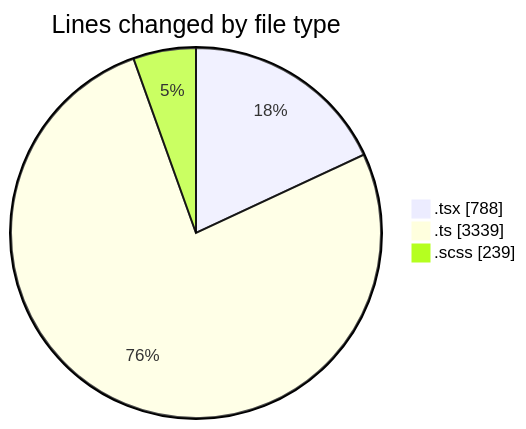
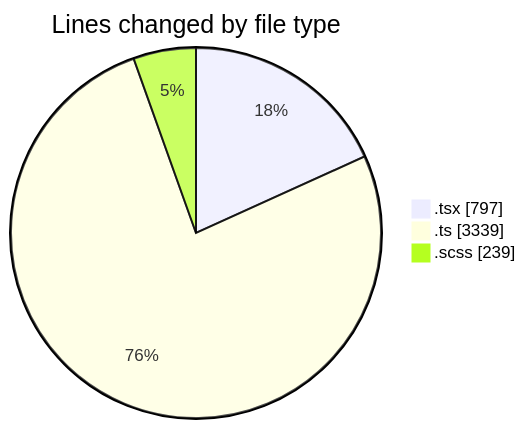
The first of 2 diagrams in 2025-09-17/cda/README.md (momahboobian/code-tracking), drawn with Mermaid before and after one commit. The commit also changed other lines of this file and 1 other file, not shown here.

````diff
--- a/2025-09-17/cda/README.md
+++ b/2025-09-17/cda/README.md
@@ -25,7 +25,7 @@
 ```mermaid
 pie showData
 title Lines changed by file type
-".tsx" : 788
+".tsx" : 797
 ".ts" : 3339
 ".scss" : 239
 ```
````
